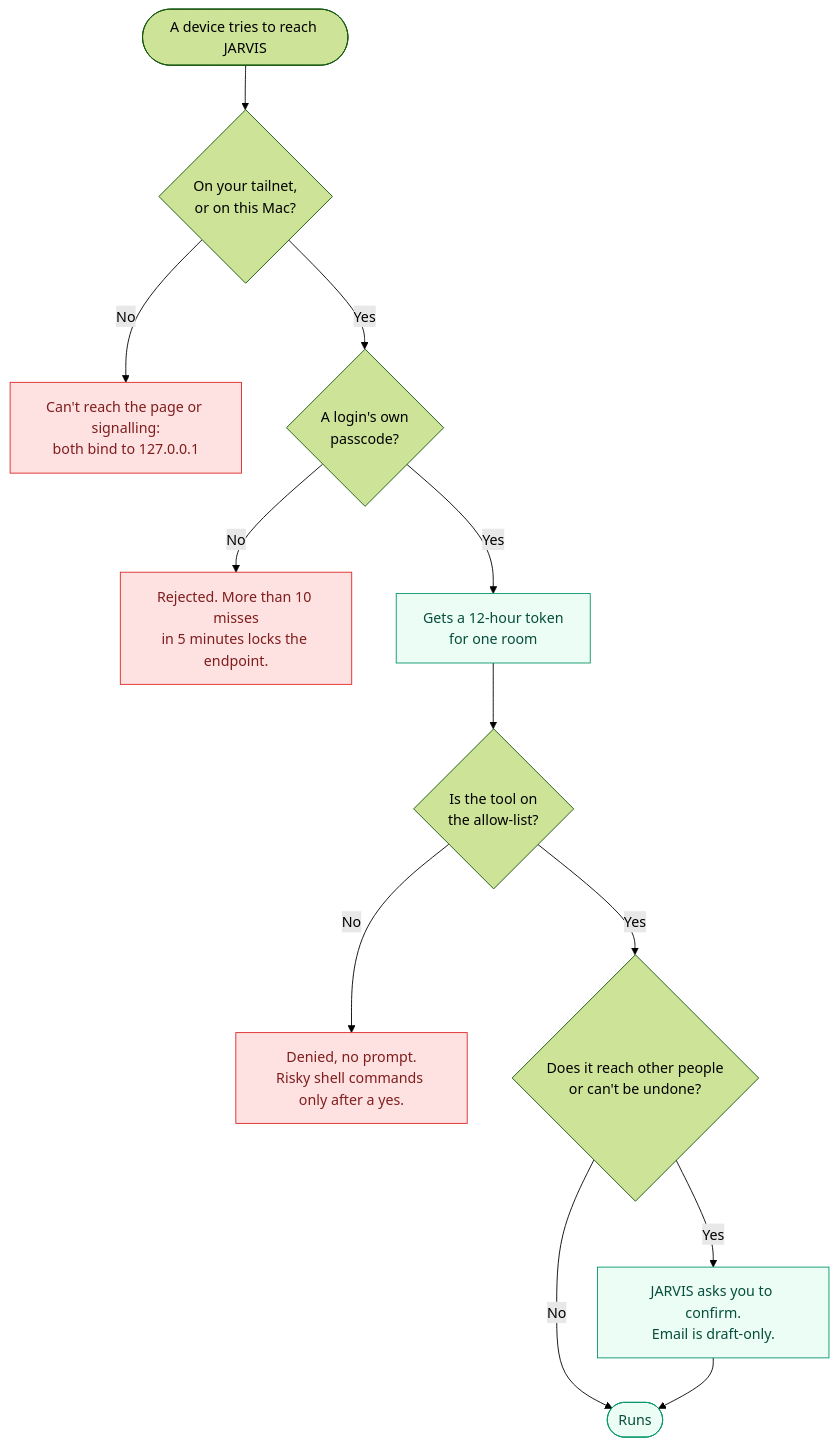
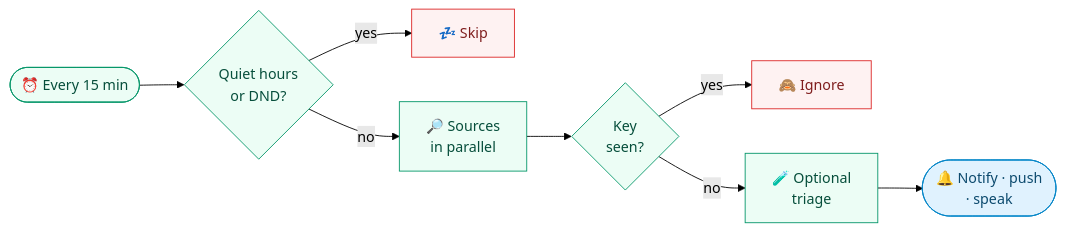
Before and after one commit to anilkumarmeena/alfred: the sixth of 6 diagrams in docs/architecture.md, drawn with Mermaid (forest theme). The commit also changed other lines of this file and 13 other files, not shown here.

````diff
--- a/docs/architecture.md
+++ b/docs/architecture.md
@@ -1159,19 +570,17 @@
 ```mermaid
-flowchart TD
-    R(["A device tries to reach JARVIS"]) --> Q1{"On your tailnet,<br/>or on this Mac?"}
-    Q1 -- No --> X1["Can't reach the page or signalling:<br/>both bind to 127.0.0.1"]
-    Q1 -- Yes --> Q2{"A login's own<br/>passcode?"}
-    Q2 -- No --> X2["Rejected. More than 10 misses<br/>in 5 minutes locks the endpoint."]
-    Q2 -- Yes --> T["Gets a 12-hour token<br/>for one room"]
-    T --> Q3{"Is the tool on<br/>the allow-list?"}
-    Q3 -- No --> X3["Denied, no prompt.<br/>Risky shell commands only after a yes."]
-    Q3 -- Yes --> Q4{"Does it reach other people<br/>or can't be undone?"}
-    Q4 -- Yes --> C["JARVIS asks you to confirm.<br/>Email is draft-only."]
-    Q4 -- No --> OK(["Runs"])
-    C --> OK
+flowchart LR
+    T(["⏰ Every 15 min"]) --> Q{"Quiet hours<br/>or DND?"}
+    Q -->|yes| S["💤 Skip"]
+    Q -->|no| Src["🔎 Sources<br/>in parallel"]
+    Src --> Seen{"Key<br/>seen?"}
+    Seen -->|yes| Drop["🙈 Ignore"]
+    Seen -->|no| Tri["🧪 Optional<br/>triage"]
+    Tri --> Out(["🔔 Notify · push<br/>· speak"])
 
-    classDef stop fill:#fee2e2,stroke:#dc2626,color:#7f1d1d
-    classDef go fill:#ecfdf5,stroke:#059669,color:#064e3b
-    class X1,X2,X3 stop
-    class T,OK,C go
+    classDef you fill:#e0f2fe,stroke:#0284c7,color:#0c4a6e
+    classDef mac fill:#ecfdf5,stroke:#059669,color:#064e3b
+    classDef warn fill:#fef2f2,stroke:#dc2626,color:#7f1d1d
+    class T,Q,Src,Seen,Tri mac
+    class S,Drop warn
+    class Out you
 ```
````
